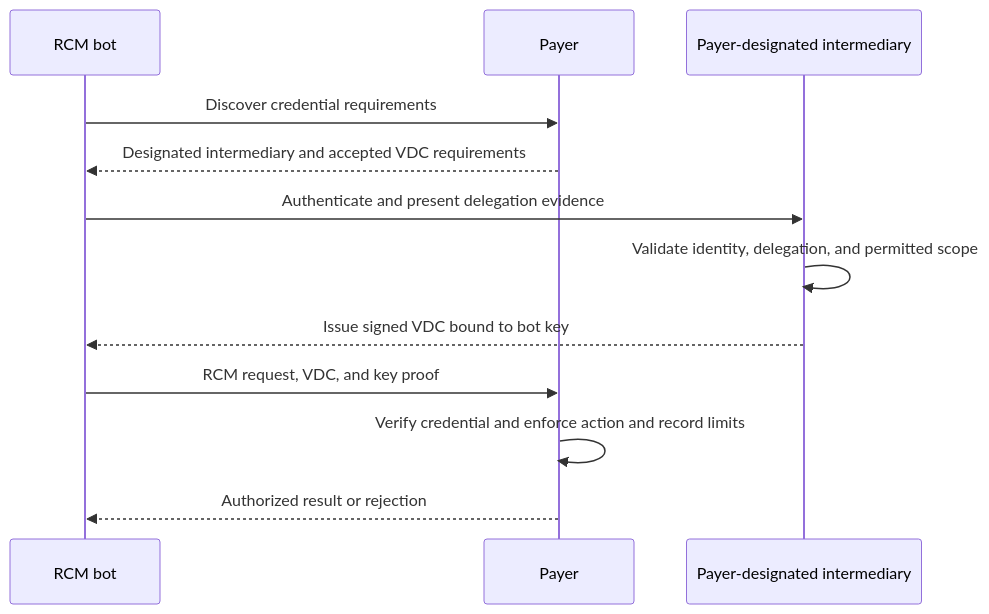
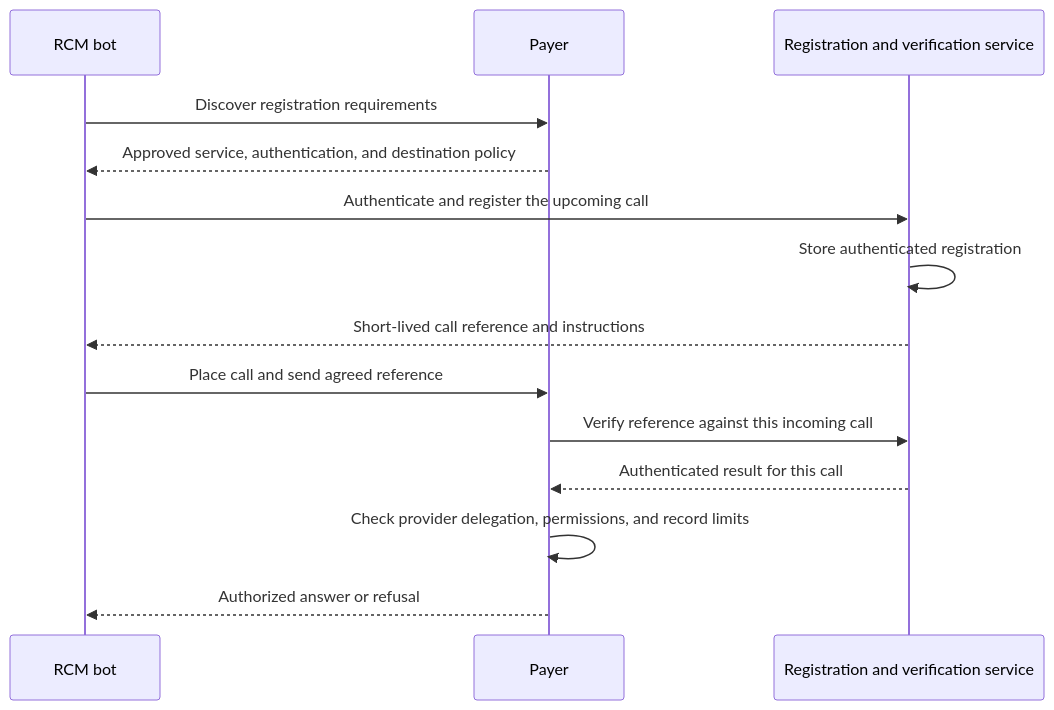
Before and after one commit to Healthcare-Agent-Protocol/healthcare-agent-protocol: the diagram in spec/identity/hap-1.md, drawn with Mermaid. The commit also changed other lines of this file and 13 other files, not shown here.

````diff
--- a/spec/identity/hap-1.md
+++ b/spec/identity/hap-1.md
@@ -100,14 +100,16 @@
 ```mermaid
 sequenceDiagram
     participant B as RCM bot
-    participant C as Payer
-    participant I as Payer-designated intermediary
-    B->>C: Discover credential requirements
-    C-->>B: Designated intermediary and accepted VDC requirements
-    B->>I: Authenticate and present delegation evidence
-    I->>I: Validate identity, delegation, and permitted scope
-    I-->>B: Issue signed VDC bound to bot key
-    B->>C: RCM request, VDC, and key proof
-    C->>C: Verify credential and enforce action and record limits
-    C-->>B: Authorized result or rejection
+    participant P as Payer
+    participant V as Registration and verification service
+    B->>P: Discover registration requirements
+    P-->>B: Approved service, authentication, and destination policy
+    B->>V: Authenticate and register the upcoming call
+    V->>V: Store authenticated registration
+    V-->>B: Short-lived call reference and instructions
+    B->>P: Place call and send agreed reference
+    P->>V: Verify reference against this incoming call
+    V-->>P: Authenticated result for this call
+    P->>P: Check provider delegation, permissions, and record limits
+    P-->>B: Authorized answer or refusal
 ```
````
